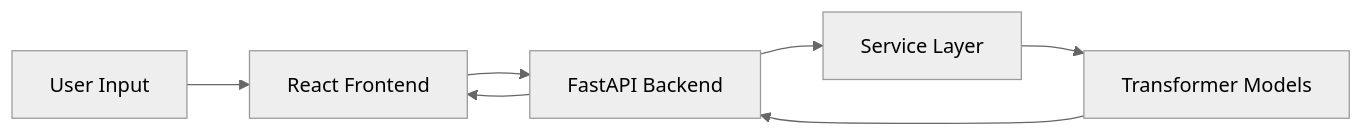
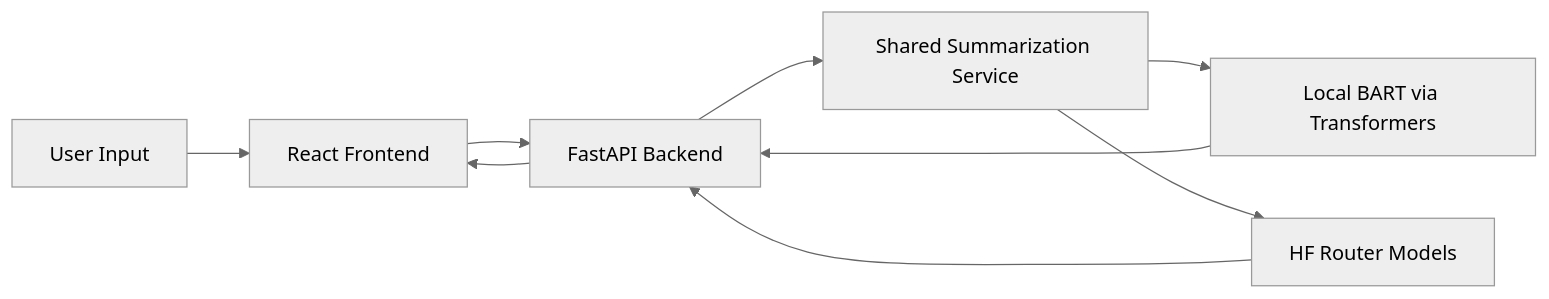
One commit to vidhiomar/insight-ai changed the first of 2 diagrams in README.md. Above: the diagram before and after it, drawn with Mermaid (neutral theme). The commit also changed other lines of this file and 29 other files, not shown here.

````diff
--- a/README.md
+++ b/README.md
@@ -51,9 +49,11 @@
 ```mermaid
 flowchart LR
     A[User Input] --> B[React Frontend]
     B --> C[FastAPI Backend]
-    C --> D[Service Layer]
-    D --> E[Transformer Models]
+    C --> D[Shared Summarization Service]
+    D --> E[Local BART via Transformers]
+    D --> F[HF Router Models]
     E --> C
+    F --> C
     C --> B
 ```
````
